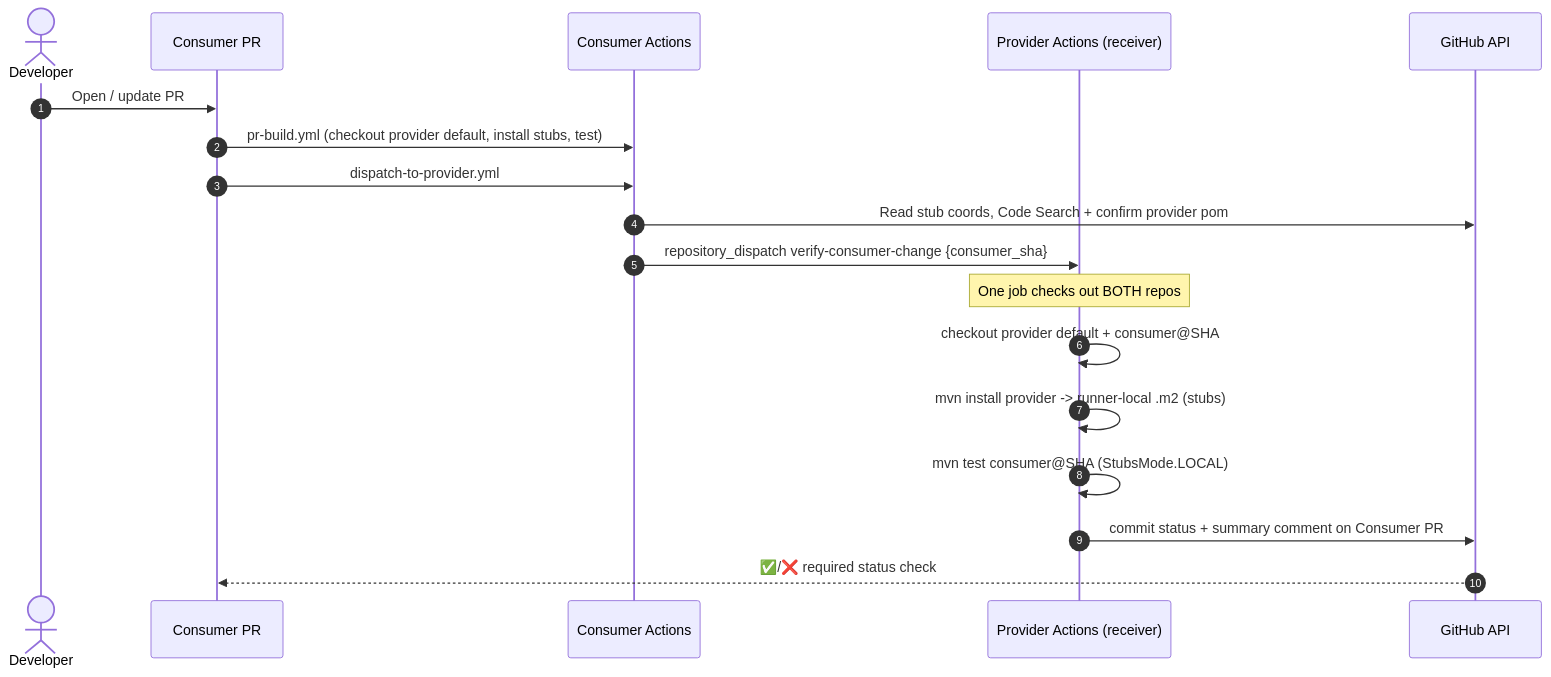
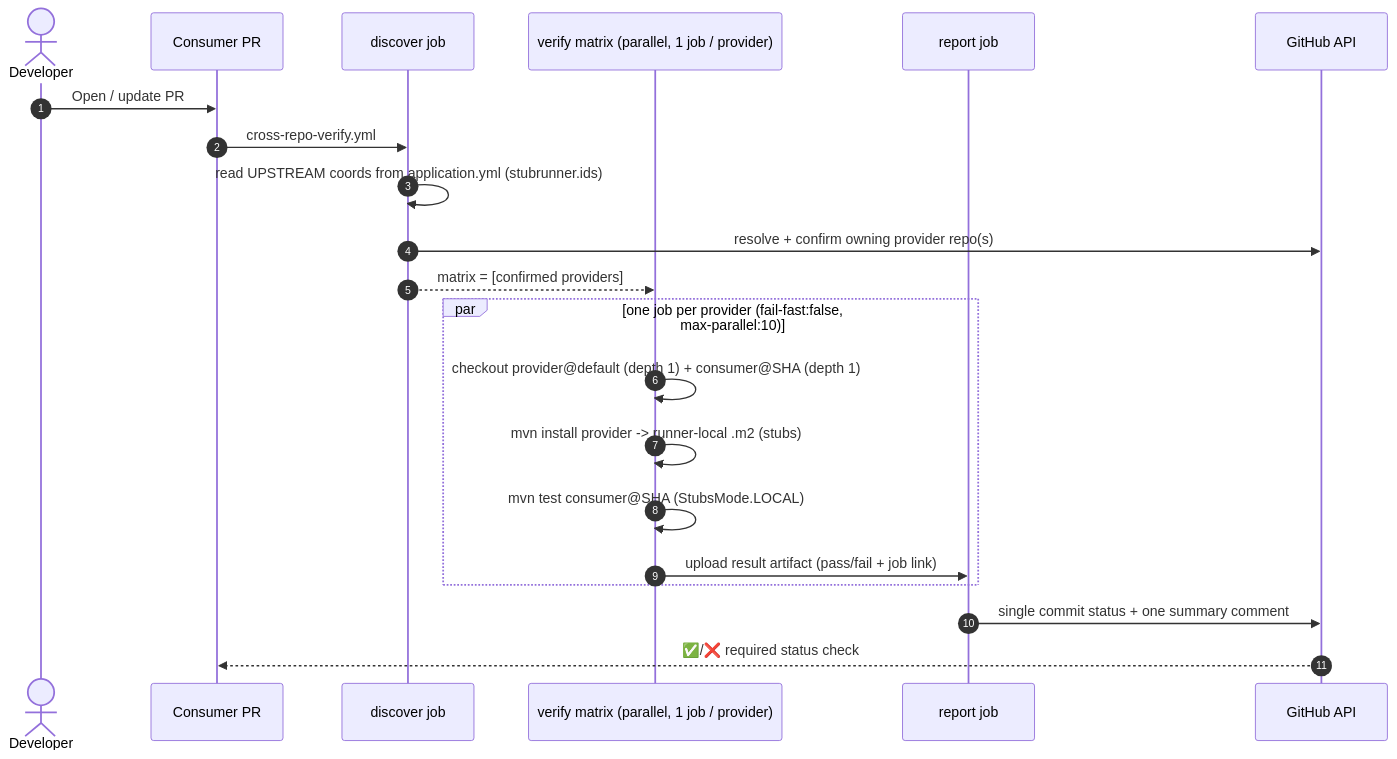
The diagram in README.md (Adam-Lemdani/demo-contract-consumer), drawn with Mermaid before and after one commit. The commit also changed other lines of this file and 6 other files, not shown here.

Commit message:
Refactor: upstream deps in application.yml + matrix fan-out verification

````diff
--- a/README.md
+++ b/README.md
@@ -29,21 +32,24 @@
 ```mermaid
 sequenceDiagram
     autonumber
     actor Dev as Developer
     participant CP as Consumer PR
-    participant CW as Consumer Actions
-    participant PW as Provider Actions (receiver)
+    participant D as discover job
+    participant M as verify matrix (parallel, 1 job / provider)
+    participant R as report job
     participant GH as GitHub API
 
     Dev->>CP: Open / update PR
-    CP->>CW: pr-build.yml (checkout provider default, install stubs, test)
-    CP->>CW: dispatch-to-provider.yml
-    CW->>GH: Read stub coords, Code Search + confirm provider pom
-    CW->>PW: repository_dispatch verify-consumer-change {consumer_sha}
-    Note over PW: One job checks out BOTH repos
-    PW->>PW: checkout provider default + consumer@SHA
-    PW->>PW: mvn install provider -> runner-local .m2 (stubs)
-    PW->>PW: mvn test consumer@SHA (StubsMode.LOCAL)
-    PW->>GH: commit status + summary comment on Consumer PR
+    CP->>D: cross-repo-verify.yml
+    D->>D: read UPSTREAM coords from application.yml (stubrunner.ids)
+    D->>GH: resolve + confirm owning provider repo(s)
+    D-->>M: matrix = [confirmed providers]
+    par one job per provider (fail-fast:false, max-parallel:10)
+        M->>M: checkout provider@default (depth 1) + consumer@SHA (depth 1)
+        M->>M: mvn install provider -> runner-local .m2 (stubs)
+        M->>M: mvn test consumer@SHA (StubsMode.LOCAL)
+        M->>R: upload result artifact (pass/fail + job link)
+    end
+    R->>GH: single commit status + one summary comment
     GH-->>CP: ✅/❌ required status check
 ```
````
